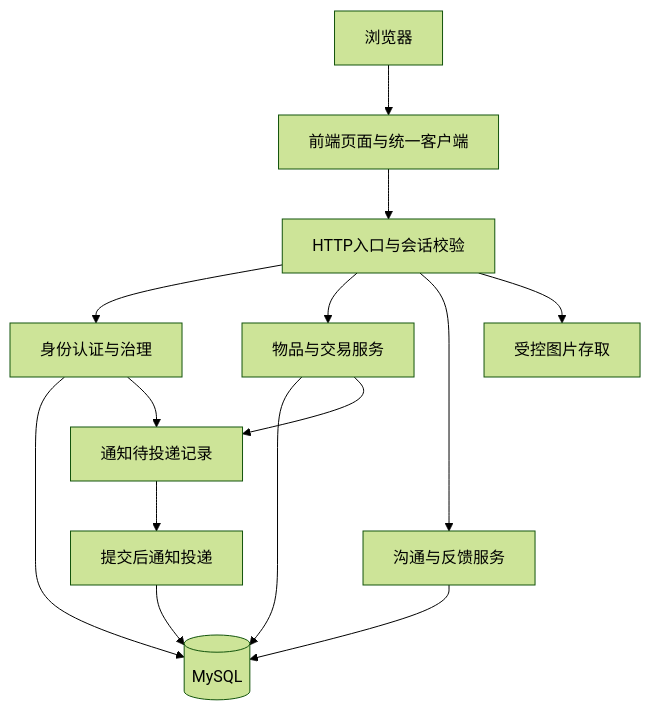
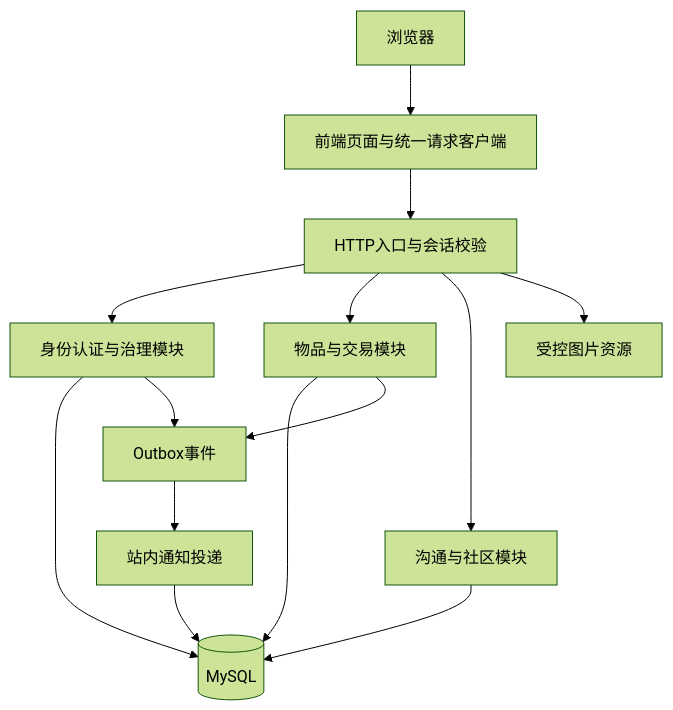
Before and after one commit to Sam6530/campus-secondhand-platform-app: the diagram in documents/design/架构设计_讨论稿.md, drawn with Mermaid (forest theme). The commit also changed other lines of this file and 61 other files, not shown here.

````diff
--- a/documents/design/架构设计_讨论稿.md
+++ b/documents/design/架构设计_讨论稿.md
@@ -15,16 +17,16 @@
 ```mermaid
 flowchart TD
-  U[浏览器] --> F[前端页面与统一客户端]
+  U[浏览器] --> F[前端页面与统一请求客户端]
   F --> C[HTTP入口与会话校验]
-  C --> I[身份认证与治理]
-  C --> T[物品与交易服务]
-  C --> M[沟通与反馈服务]
+  C --> I[身份认证与治理模块]
+  C --> T[物品与交易模块]
+  C --> M[沟通与社区模块]
   I --> DB[(MySQL)]
   T --> DB
   M --> DB
-  T --> O[通知待投递记录]
+  T --> O[Outbox事件]
   I --> O
-  O --> N[提交后通知投递]
+  O --> N[站内通知投递]
   N --> DB
-  C --> A[受控图片存取]
+  C --> A[受控图片资源]
 ```
````
